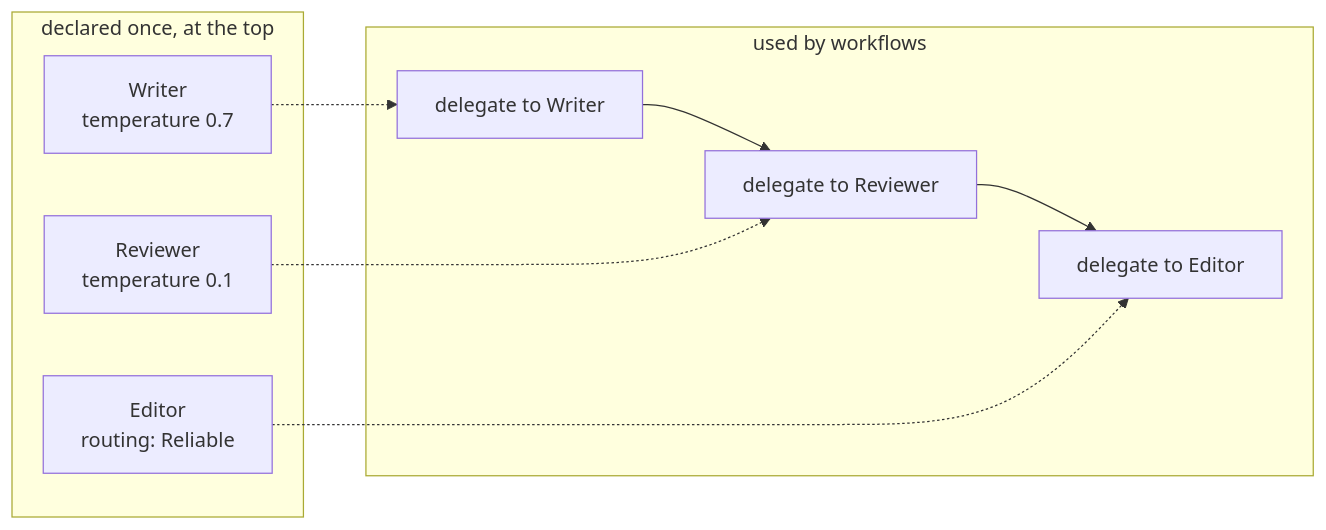
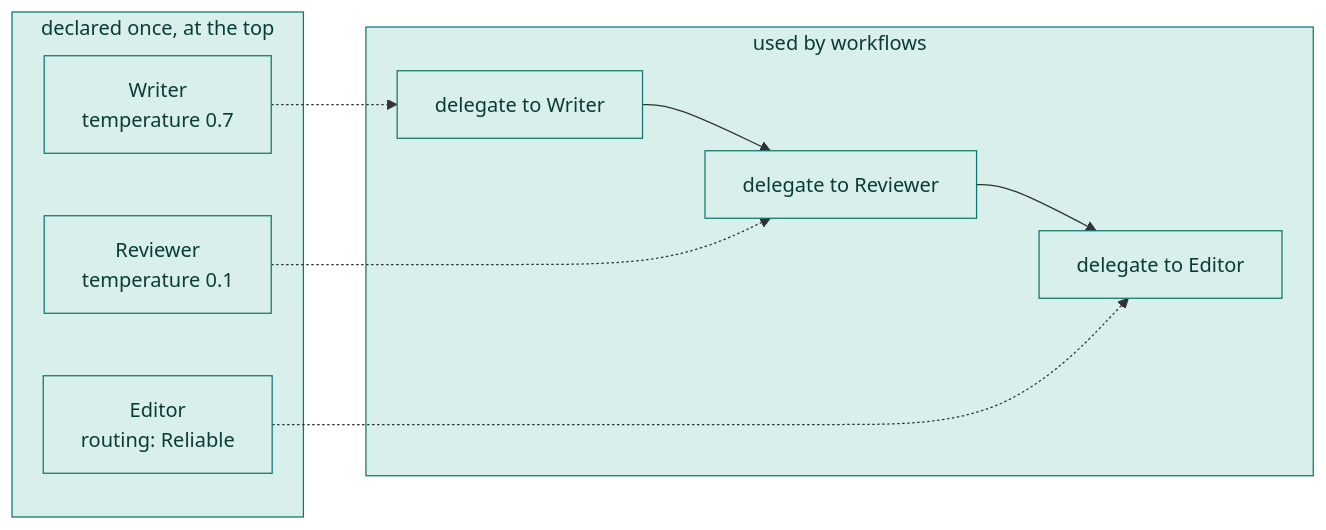
The diagram in docs/tutorial/03-agents.md (srijithunni7182/llm4j), drawn with Mermaid before and after one commit. The commit also changed 13 other files, not shown here.

First line of the commit message:
docs: give the tutorial's diagrams meaningful colours

````diff
--- a/docs/tutorial/03-agents.md
+++ b/docs/tutorial/03-agents.md
@@ -205,14 +205,16 @@
 ```mermaid
 flowchart LR
   subgraph Declared["declared once, at the top"]
     W["Writer<br/>temperature 0.7"]
     R["Reviewer<br/>temperature 0.1"]
     E["Editor<br/>routing: Reliable"]
   end
   subgraph Flow["used by workflows"]
     S1["delegate to Writer"] --> S2["delegate to Reviewer"] --> S3["delegate to Editor"]
   end
   W -.-> S1
   R -.-> S2
   E -.-> S3
+  classDef step fill:#d9efec,stroke:#0f766e,color:#0b3b37
+  class Declared,W,R,E,Flow,S1,S2,S3 step
 ```
````
